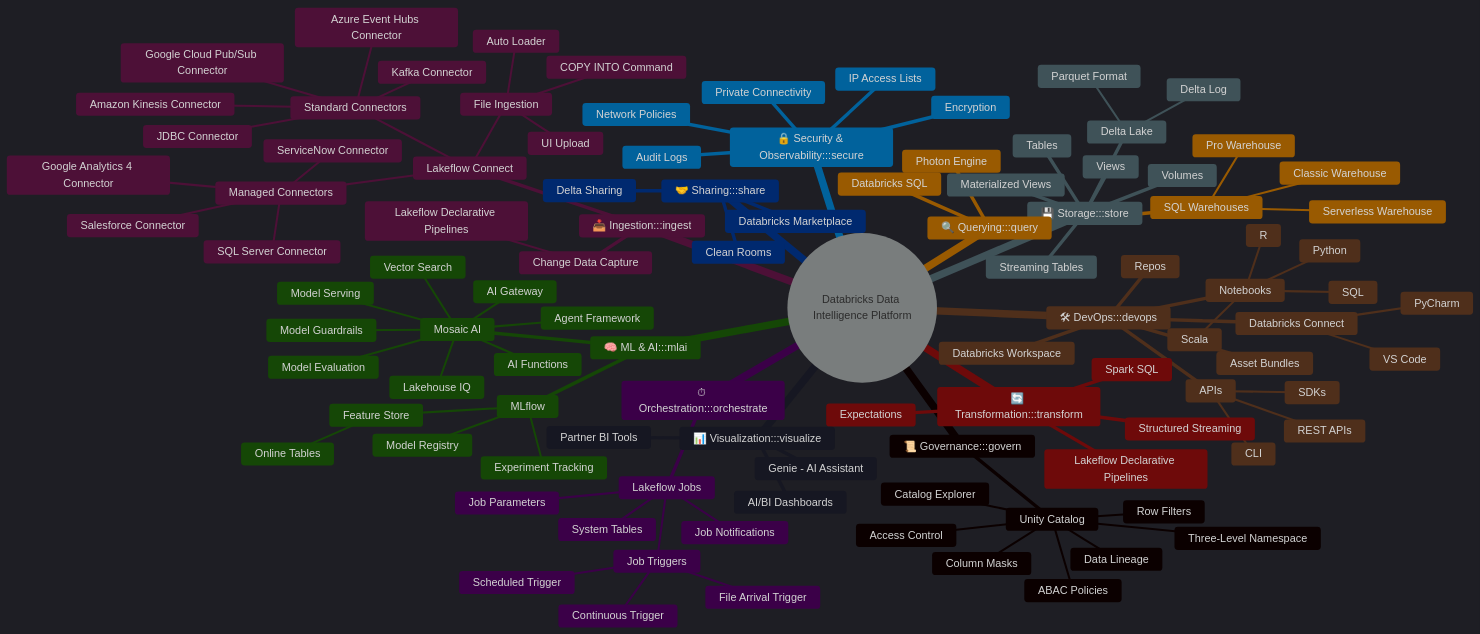
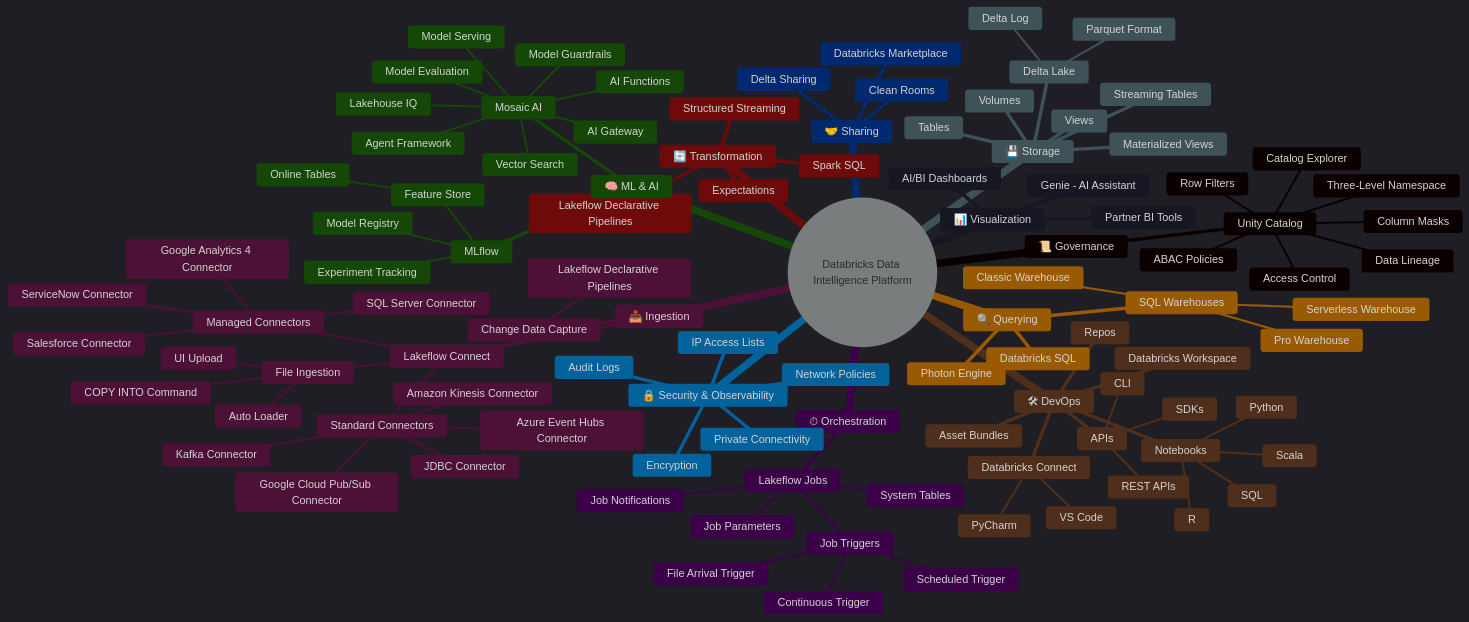
The diagram in src/diagrams/databricks_concepts_mindmap.md (briveramelo/mermaid-diagrams), drawn with Mermaid before and after one commit. The commit also changed 1 other file, not shown here.

Commit message:
mutation observer for applying the styling after render removed unused ::: styles in .md

```diff
--- a/src/diagrams/databricks_concepts_mindmap.md
+++ b/src/diagrams/databricks_concepts_mindmap.md
@@ -12,23 +12,11 @@
       mindmapBranchSpacing: 1600
       mindmapLeafSpacing: 1300
       mindmapPadding: 2140
-  styles:
-    govern: { fill: "#60a5fa", stroke: "#60a5fa", color: "#fff" }
-    ingest: { fill: "#22c55e", stroke: "#22c55e", color: "#fff" }
-    store: { fill: "#f59e0b", stroke: "#f59e0b", color: "#fff" }
-    devops: { fill: "#10b981", stroke: "#10b981", color: "#fff" }
-    transform: { fill: "#a78bfa", stroke: "#a78bfa", color: "#fff" }
-    orchestrate: { fill: "#2dd4bf", stroke: "#2dd4bf", color: "#fff" }
-    query: { fill: "#6366f1", stroke: "#6366f1", color: "#fff" }
-    mlai: { fill: "#ec4899", stroke: "#ec4899", color: "#fff" }
-    visualize: { fill: "#fbbf24", stroke: "#fbbf24", color: "#000" }
-    share: { fill: "#94a3b8", stroke: "#94a3b8", color: "#fff" }
-    secure: { fill: "#ef4444", stroke: "#ef4444", color: "#fff" }
 ---
 
 mindmap
   root((Databricks Data Intelligence Platform))
-    📜 Governance:::govern
+    📜 Governance
       Unity Catalog
         Access Control
         Row Filters
@@ -37,7 +25,7 @@
         Catalog Explorer
         Three-Level Namespace
         ABAC Policies
-    📥 Ingestion:::ingest
+    📥 Ingestion
       Lakeflow Connect
         Managed Connectors
           Salesforce Connector
@@ -56,7 +44,7 @@
           UI Upload
       Change Data Capture
         Lakeflow Declarative Pipelines
-    💾 Storage:::store
+    💾 Storage
       Delta Lake
         Parquet Format
         Delta Log
@@ -65,7 +53,7 @@
       Streaming Tables
       Materialized Views
       Volumes
-    🛠 DevOps:::devops
+    🛠 DevOps
       Databricks Workspace
       Notebooks
         Python
@@ -81,12 +69,12 @@
         SDKs
         CLI
       Asset Bundles
-    🔄 Transformation:::transform
+    🔄 Transformation
       Lakeflow Declarative Pipelines
       Spark SQL
       Structured Streaming
       Expectations
-    ⏱ Orchestration:::orchestrate
+    ⏱ Orchestration
       Lakeflow Jobs
         Job Triggers
           Scheduled Trigger
@@ -95,14 +83,14 @@
         Job Parameters
         Job Notifications
         System Tables
-    🔍 Querying:::query
+    🔍 Querying
       Databricks SQL
       SQL Warehouses
         Serverless Warehouse
         Pro Warehouse
         Classic Warehouse
       Photon Engine
-    🧠 ML & AI:::mlai
+    🧠 ML & AI
       MLflow
         Experiment Tracking
         Model Registry
@@ -117,15 +105,15 @@
         Model Serving
         AI Gateway
         Lakehouse IQ
-    📊 Visualization:::visualize
+    📊 Visualization
       AI/BI Dashboards
       Partner BI Tools
       Genie - AI Assistant
-    🤝 Sharing:::share
+    🤝 Sharing
       Delta Sharing
       Clean Rooms
       Databricks Marketplace
-    🔒 Security & Observability:::secure
+    🔒 Security & Observability
       Audit Logs
       Network Policies
       Private Connectivity
```
